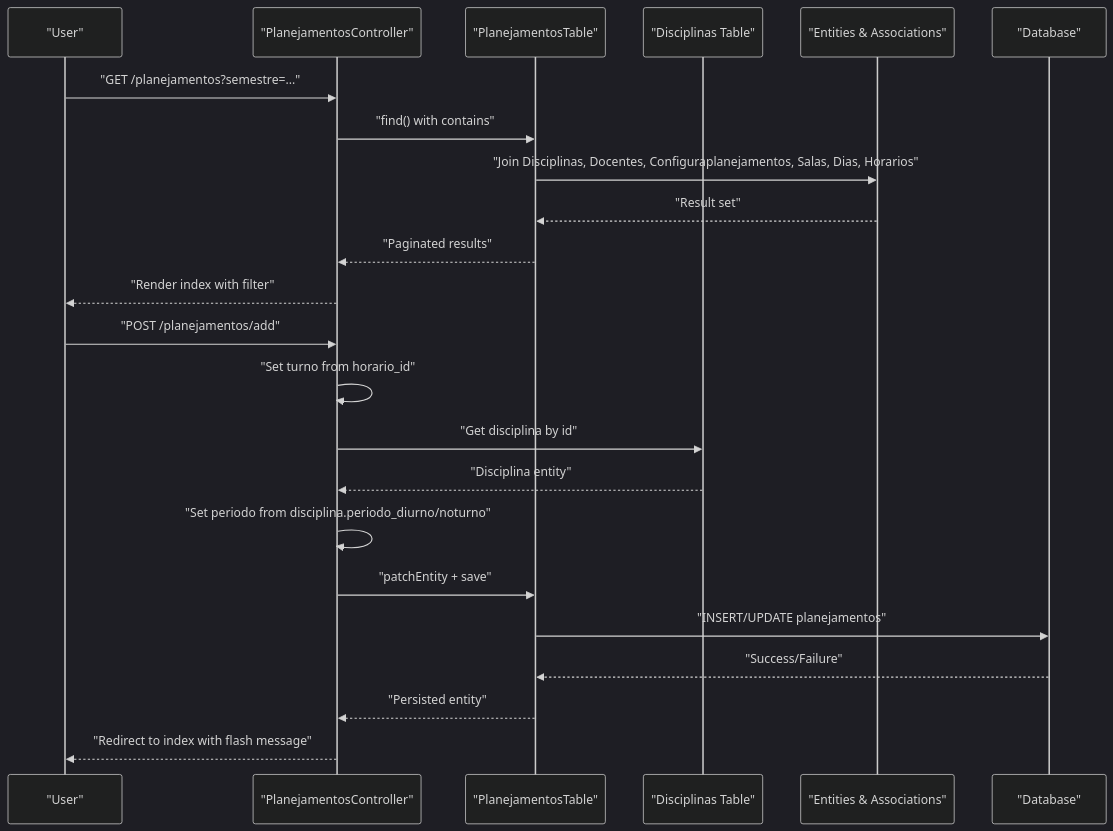
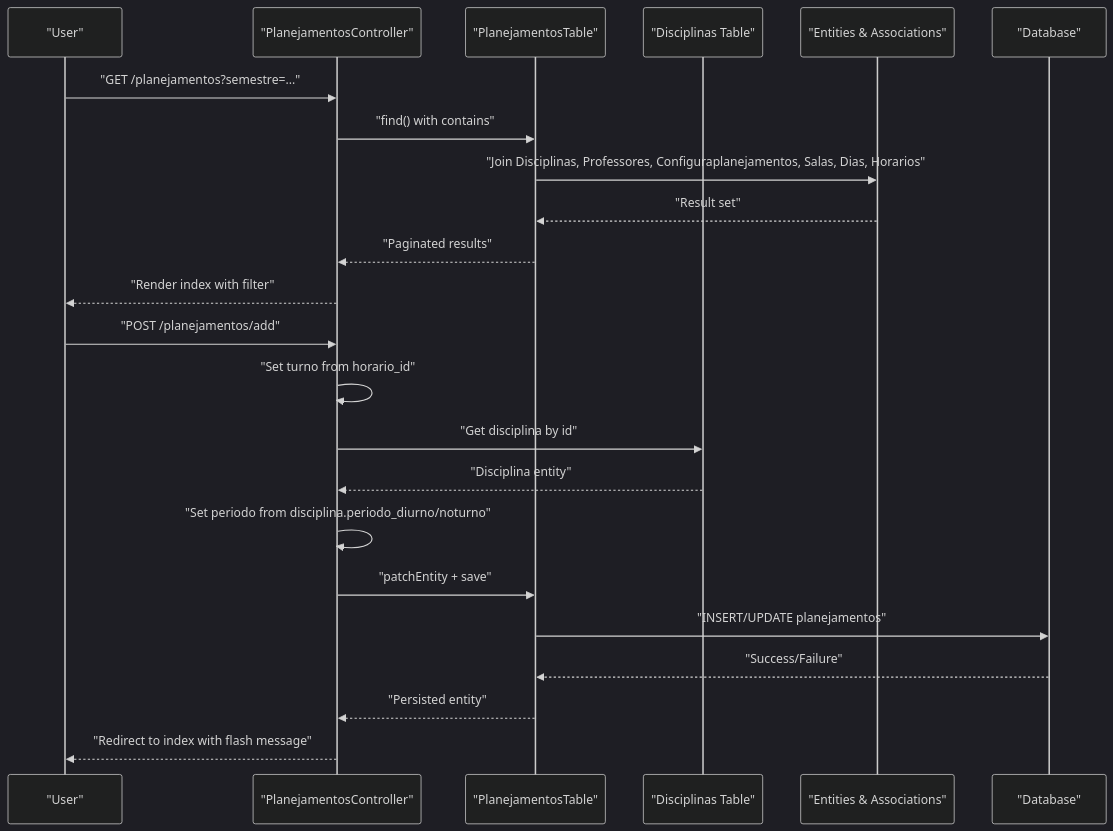
One commit to luiseduacosta/planejamento5 changed the second of 5 diagrams in .qoder/repowiki/en/content/Core Features/Academic Planning Management/Academic Planning Management.md. Above: the diagram before and after it, drawn with Mermaid (dark theme). The commit also changed other lines of this file and 37 other files, not shown here.

Commit message:
repowiki: rename Docentes → Professores in metadata

````diff
--- a/.qoder/repowiki/en/content/Core Features/Academic Planning Management/Academic Planning Management.md
+++ b/.qoder/repowiki/en/content/Core Features/Academic Planning Management/Academic Planning Management.md
@@ -159,25 +159,25 @@
 ```mermaid
 sequenceDiagram
 participant U as "User"
 participant C as "PlanejamentosController"
 participant T as "PlanejamentosTable"
 participant D as "Disciplinas Table"
 participant E as "Entities & Associations"
 participant DB as "Database"
 U->>C : "GET /planejamentos?semestre=..."
 C->>T : "find() with contains"
-T->>E : "Join Disciplinas, Docentes, Configuraplanejamentos, Salas, Dias, Horarios"
+T->>E : "Join Disciplinas, Professores, Configuraplanejamentos, Salas, Dias, Horarios"
 E-->>T : "Result set"
 T-->>C : "Paginated results"
 C-->>U : "Render index with filter"
 U->>C : "POST /planejamentos/add"
 C->>C : "Set turno from horario_id"
 C->>D : "Get disciplina by id"
 D-->>C : "Disciplina entity"
 C->>C : "Set periodo from disciplina.periodo_diurno/noturno"
 C->>T : "patchEntity + save"
 T->>DB : "INSERT/UPDATE planejamentos"
 DB-->>T : "Success/Failure"
 T-->>C : "Persisted entity"
 C-->>U : "Redirect to index with flash message"
 ```
````
